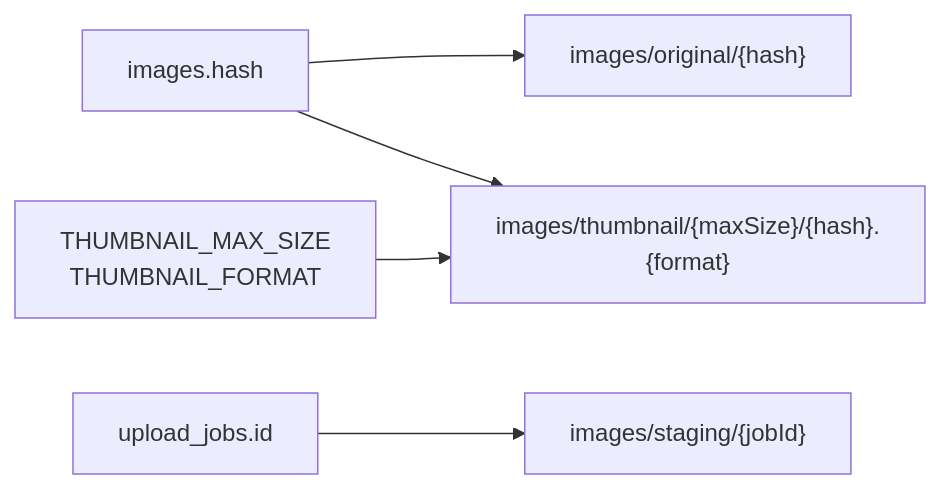
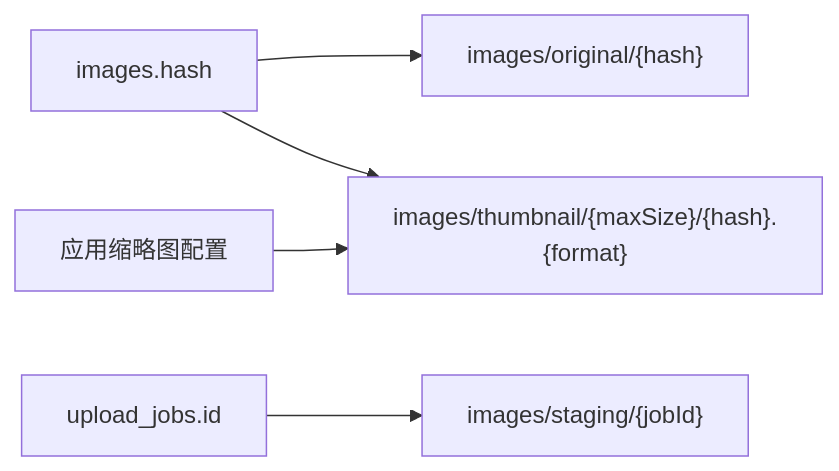
Before and after one commit to tamakara/bakabooru: the second of 3 diagrams in docs/data-model.md, drawn with Mermaid. The commit also changed other lines of this file and 18 other files, not shown here.

````diff
--- a/docs/data-model.md
+++ b/docs/data-model.md
@@ -124,7 +127,7 @@
 ```mermaid
 flowchart LR
     Row["images.hash"] --> Original["images/original/{hash}"]
     Row --> Thumb["images/thumbnail/{maxSize}/{hash}.{format}"]
     Job["upload_jobs.id"] --> Staging["images/staging/{jobId}"]
-    Config["THUMBNAIL_MAX_SIZE<br/>THUMBNAIL_FORMAT"] --> Thumb
+    Config["应用缩略图配置"] --> Thumb
 ```
````
